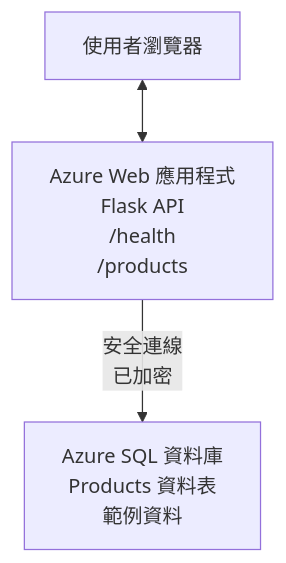
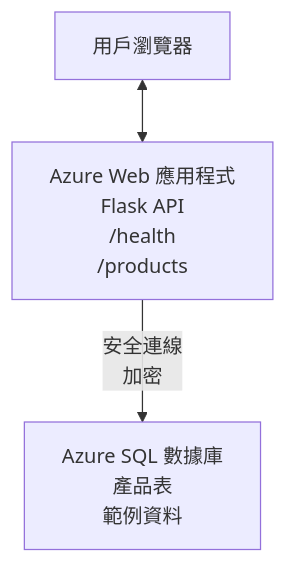
The diagram in translations/zh-MO/examples/database-app/README.md (microsoft/AZD-for-beginners), drawn with Mermaid before and after one commit. The commit also changed other lines of this file and 101 other files, not shown here.

````diff
--- a/translations/zh-MO/examples/database-app/README.md
+++ b/translations/zh-MO/examples/database-app/README.md
@@ -72,5 +72,5 @@
 ```mermaid
 graph TD
-    Browser[使用者瀏覽器] <--> WebApp[Azure Web 應用程式<br/>Flask API<br/>/health<br/>/products]
-    WebApp -- 安全連線<br/>已加密 --> SQL[Azure SQL 資料庫<br/>Products 資料表<br/>範例資料]
+    Browser[用戶瀏覽器] <--> WebApp[Azure Web 應用程式<br/>Flask API<br/>/health<br/>/products]
+    WebApp -- 安全連線<br/>加密 --> SQL[Azure SQL 數據庫<br/>產品表<br/>範例資料]
 ```
````
